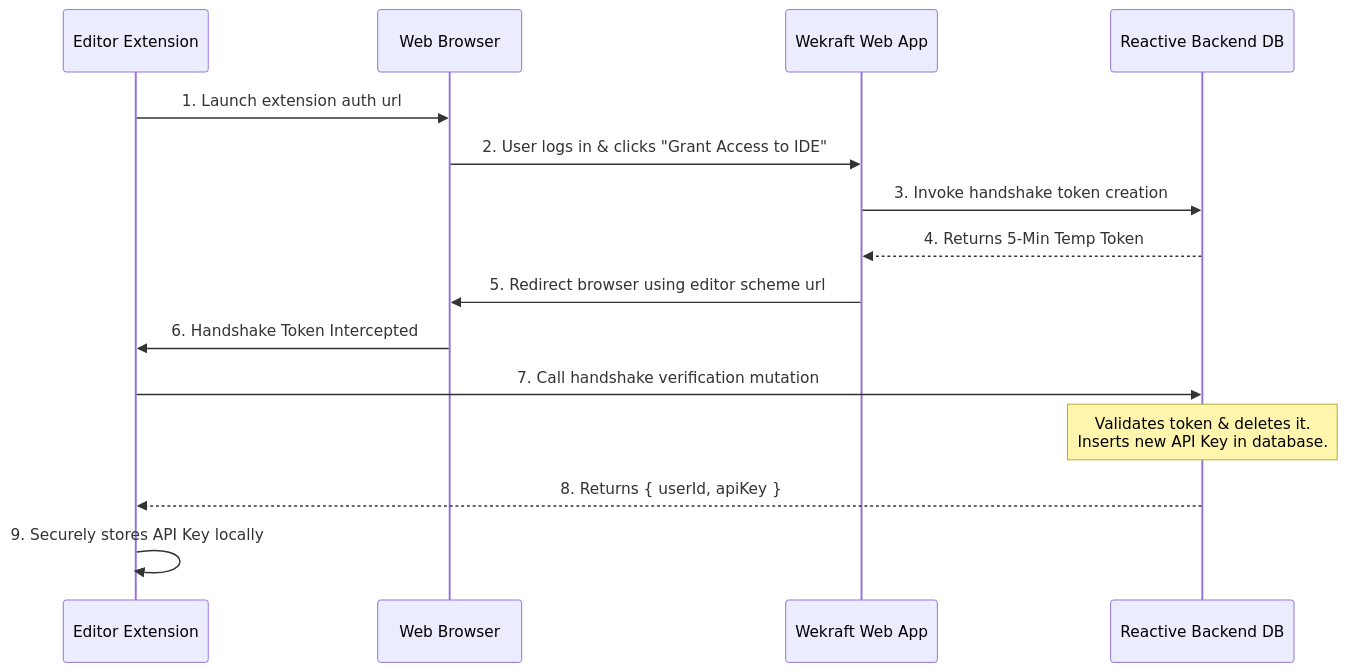
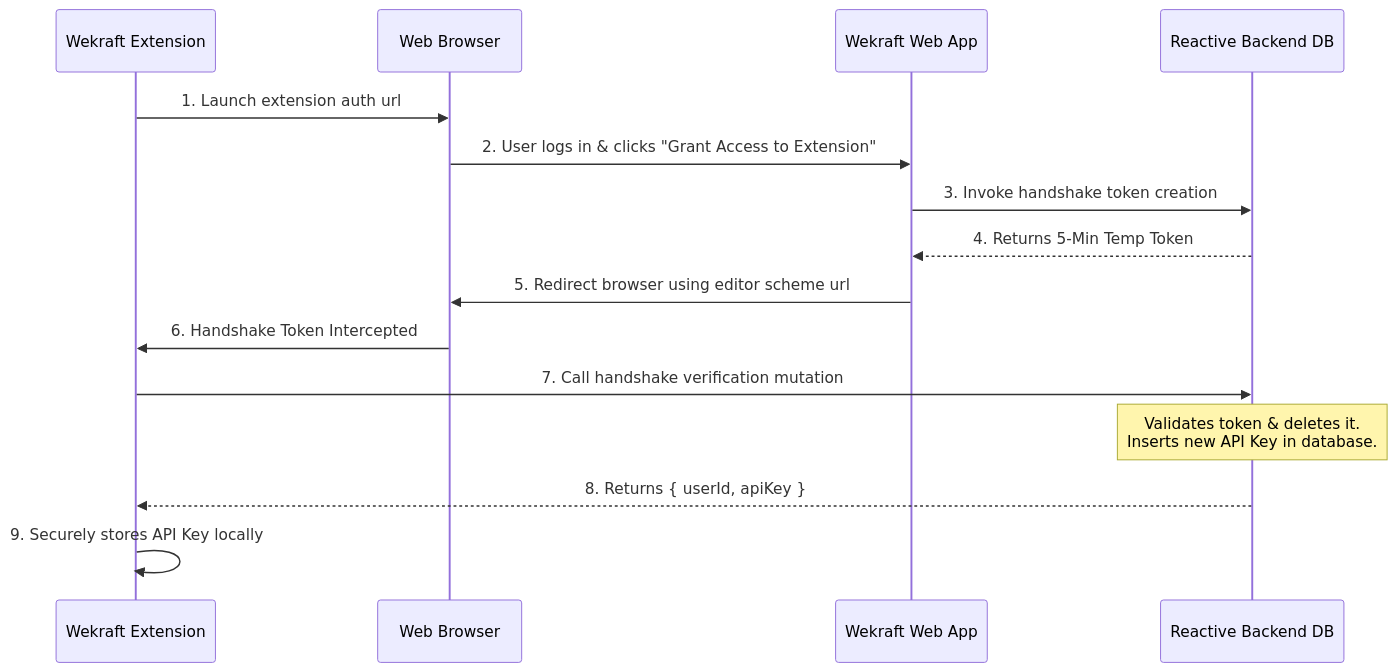
The diagram in src/content/docs/extension.md (Wekraft-collaboration-platform/wekraft-saas), drawn with Mermaid before and after one commit. The commit also changed other lines of this file and 5 other files, not shown here.

````diff
--- a/src/content/docs/extension.md
+++ b/src/content/docs/extension.md
@@ -27,18 +68,18 @@
 ```mermaid
 sequenceDiagram
-    participant Editor as Editor Extension
+    participant Editor as Wekraft Extension
     participant Browser as Web Browser
     participant WekraftWeb as Wekraft Web App
     participant Backend as Reactive Backend DB
 
     Editor->>Browser: 1. Launch extension auth url
-    Browser->>WekraftWeb: 2. User logs in & clicks "Grant Access to IDE"
+    Browser->>WekraftWeb: 2. User logs in & clicks "Grant Access to Extension"
     WekraftWeb->>Backend: 3. Invoke handshake token creation
     Backend-->>WekraftWeb: 4. Returns 5-Min Temp Token
     WekraftWeb->>Browser: 5. Redirect browser using editor scheme url
     Browser->>Editor: 6. Handshake Token Intercepted
     Editor->>Backend: 7. Call handshake verification mutation
     Note over Backend: Validates token & deletes it.<br/>Inserts new API Key in database.
     Backend-->>Editor: 8. Returns { userId, apiKey }
     Editor->>Editor: 9. Securely stores API Key locally
 ```
````
